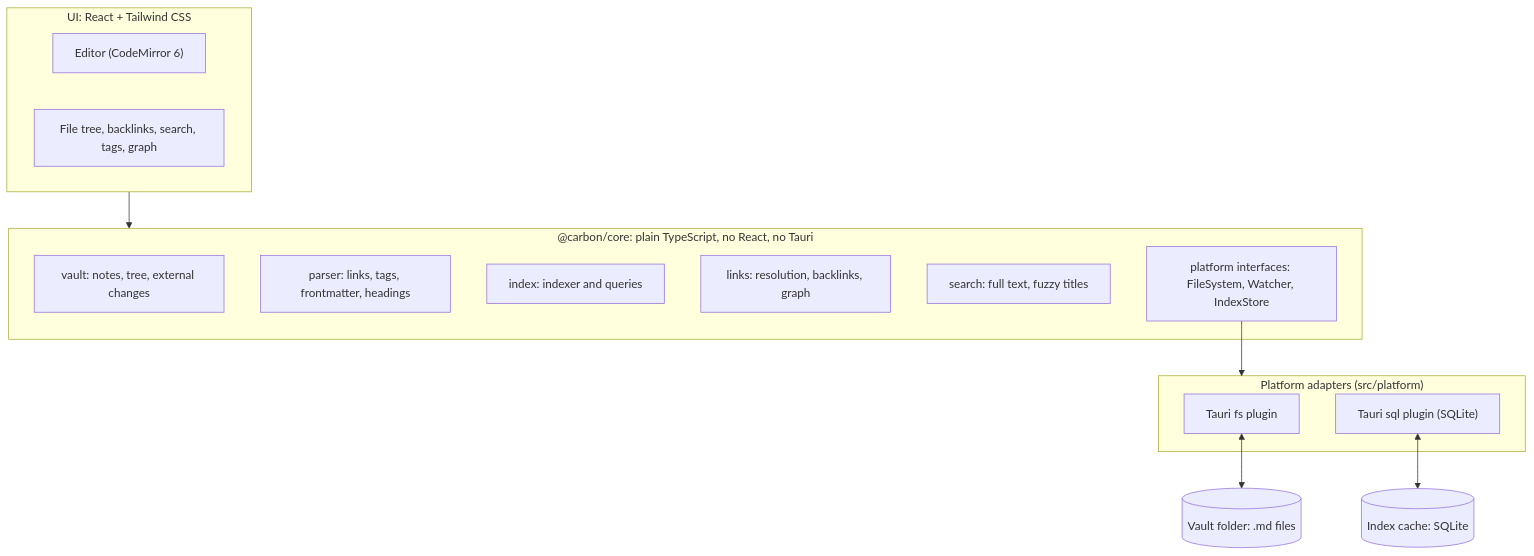
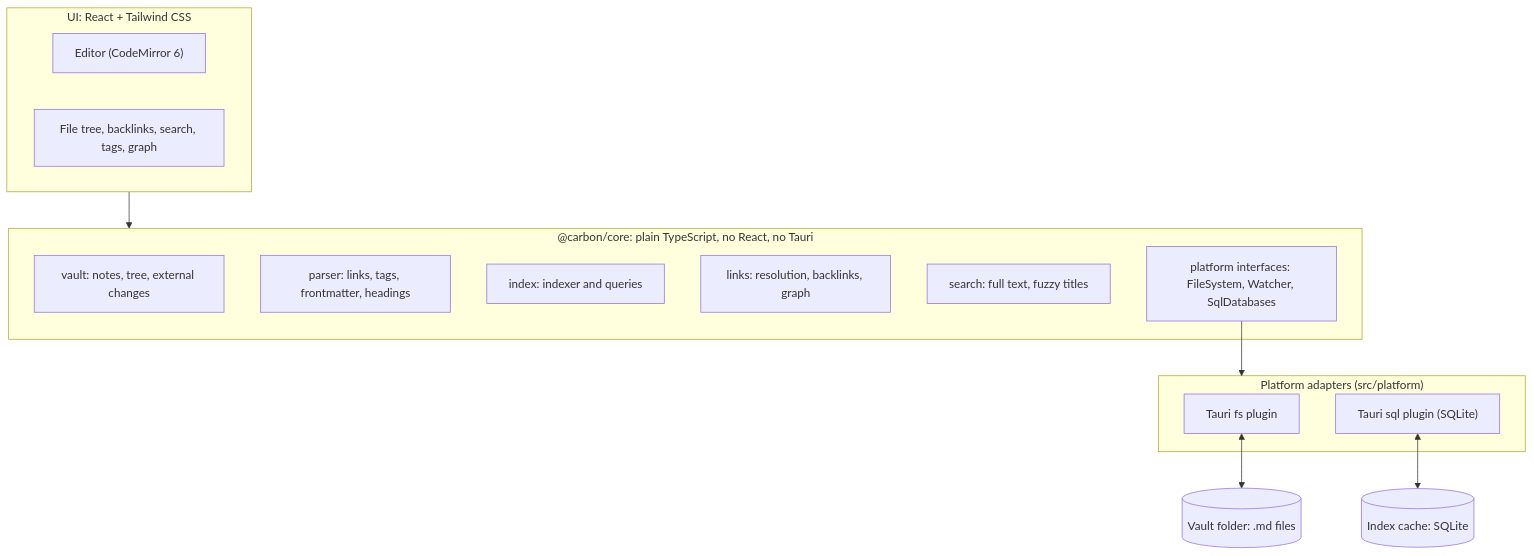
Before and after one commit to hexlabelposition/carbon: the diagram in ARCHITECTURE.md, drawn with Mermaid. The commit also changed other lines of this file and 4 other files, not shown here.

Commit message:
feat: add the index store for notes, headings and links

````diff
--- a/ARCHITECTURE.md
+++ b/ARCHITECTURE.md
@@ -37,25 +37,25 @@
 ```mermaid
 flowchart TB
   subgraph UI["UI: React + Tailwind CSS"]
     Editor["Editor (CodeMirror 6)"]
     Panels["File tree, backlinks, search, tags, graph"]
   end
   subgraph Core["@carbon/core: plain TypeScript, no React, no Tauri"]
     Vault["vault: notes, tree, external changes"]
     Parser["parser: links, tags, frontmatter, headings"]
     Index["index: indexer and queries"]
     Links["links: resolution, backlinks, graph"]
     Search["search: full text, fuzzy titles"]
-    Ports["platform interfaces: FileSystem, Watcher, IndexStore"]
+    Ports["platform interfaces: FileSystem, Watcher, SqlDatabases"]
   end
   subgraph Platform["Platform adapters (src/platform)"]
     TauriFS["Tauri fs plugin"]
     TauriSQL["Tauri sql plugin (SQLite)"]
   end
   FS[("Vault folder: .md files")]
   DB[("Index cache: SQLite")]
   UI --> Core
   Ports --> Platform
   TauriFS <--> FS
   TauriSQL <--> DB
 ```
````
